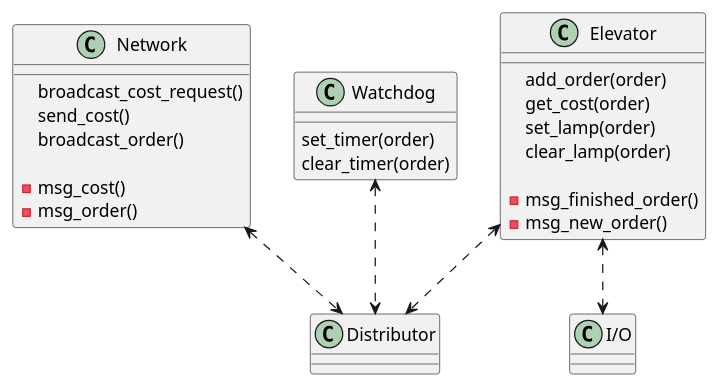
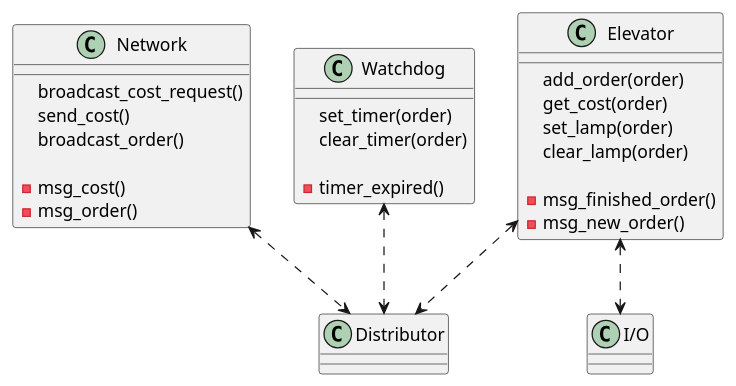
One commit to bjornksa/TTK4145 changed the diagram in uml-mm/moduler.iuml. Above: the diagram before and after it, drawn with PlantUML. The commit also changed 1 other file, not shown here.

```diff
--- a/uml-mm/moduler.iuml
+++ b/uml-mm/moduler.iuml
@@ -1,36 +1,38 @@
 @startuml modules
 
 class Elevator {
   add_order(order)
   get_cost(order)
   set_lamp(order)
   clear_lamp(order)
 
   - msg_finished_order()
   - msg_new_order()
 }
 
 class Distributor
 
 class Network {
   broadcast_cost_request()
   send_cost()
   broadcast_order()
 
   - msg_cost()
   - msg_order()
 }
 
 class I/O
 
 class Watchdog {
   set_timer(order)
   clear_timer(order)
+
+  - timer_expired()
 }
 
 Watchdog <..> Distributor
 Network <..> Distributor
 Elevator <..> Distributor
 Elevator <..> "I/O"
 
 @enduml
```
